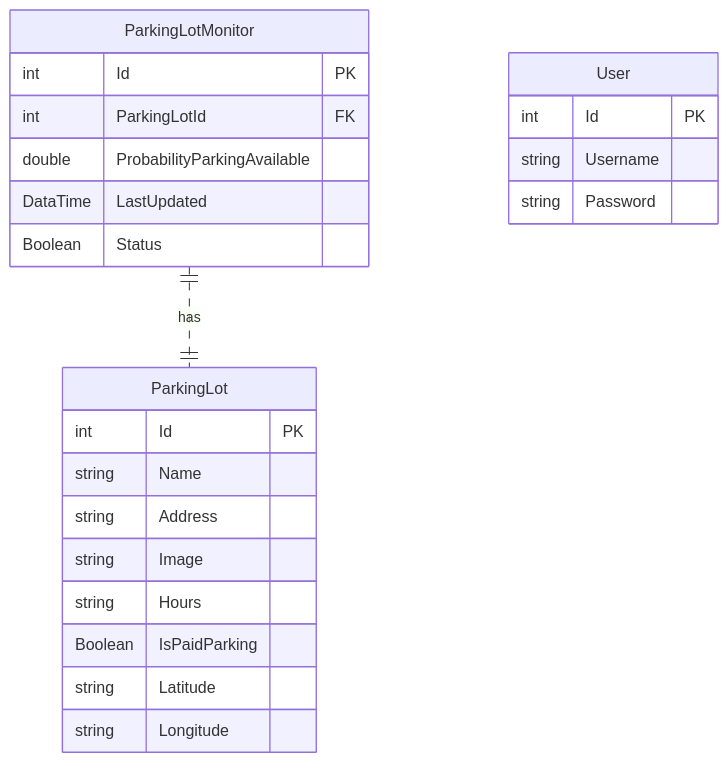
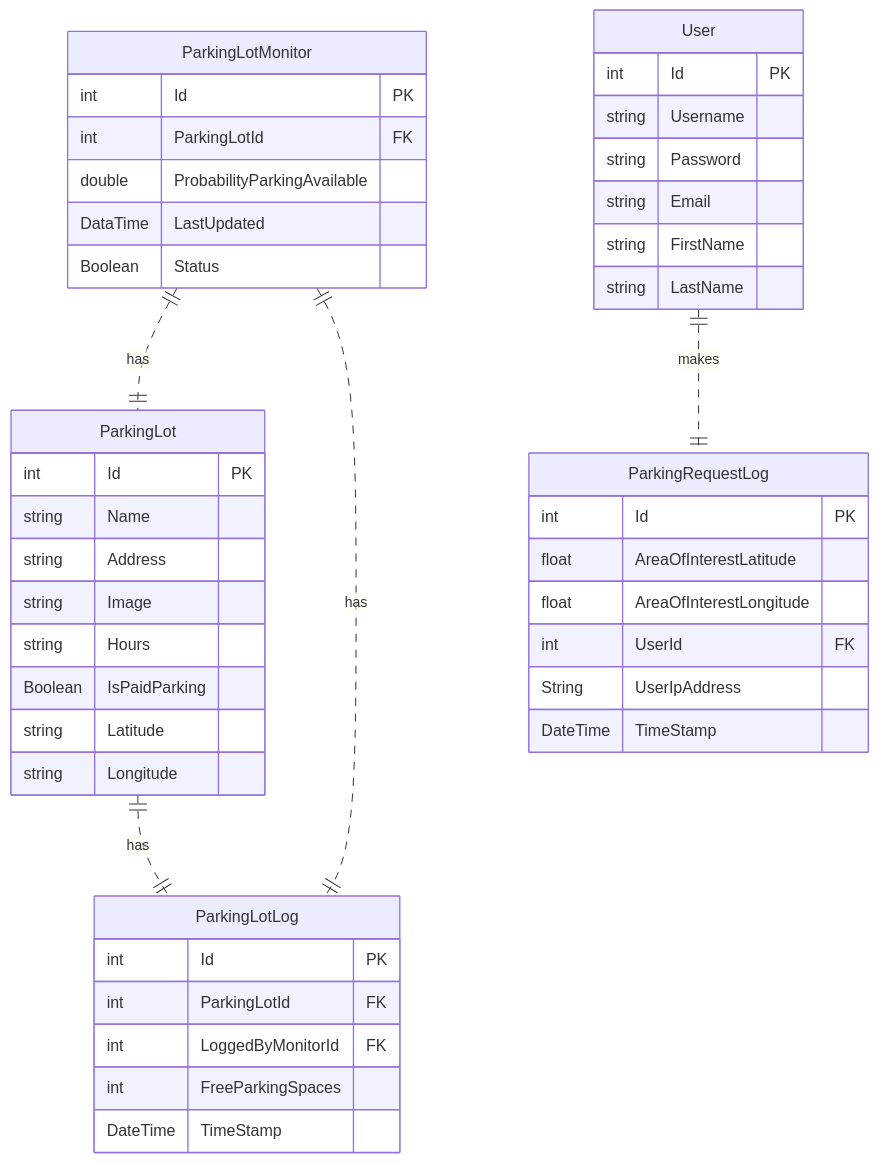
The diagram in docs/diagrams/entity-relationship.mmd (Rhys-LIT/perfect-parking-fyp), drawn with Mermaid before and after one commit. The commit also changed 18 other files, not shown here.

Commit message:
diagrams, readme images and thesis

```diff
--- a/docs/diagrams/entity-relationship.mmd
+++ b/docs/diagrams/entity-relationship.mmd
@@ -1,24 +1,45 @@
 erDiagram
     ParkingLotMonitor ||..|| ParkingLot : has
+    ParkingLotMonitor ||..|| ParkingLotLog : has
+    ParkingLot ||..|| ParkingLotLog : has
+    User ||..|| ParkingRequestLog : makes
     User {
         int Id PK
         string Username
         string Password
+        string Email
+        string FirstName
+        string LastName
     }
     ParkingLotMonitor {
         int Id PK
         int ParkingLotId FK
         double ProbabilityParkingAvailable
         DataTime LastUpdated
         Boolean Status
     }
     ParkingLot {
         int Id PK
         string Name
         string Address
         string Image
         string Hours
         Boolean IsPaidParking
         string Latitude
         string Longitude
     }
+    ParkingLotLog {
+        int Id PK
+        int ParkingLotId FK
+        int LoggedByMonitorId FK
+        int FreeParkingSpaces
+        DateTime TimeStamp
+    }
+    ParkingRequestLog {
+        int Id PK
+        float AreaOfInterestLatitude
+        float AreaOfInterestLongitude
+        int UserId FK
+        String UserIpAddress
+        DateTime TimeStamp
+    }
```
